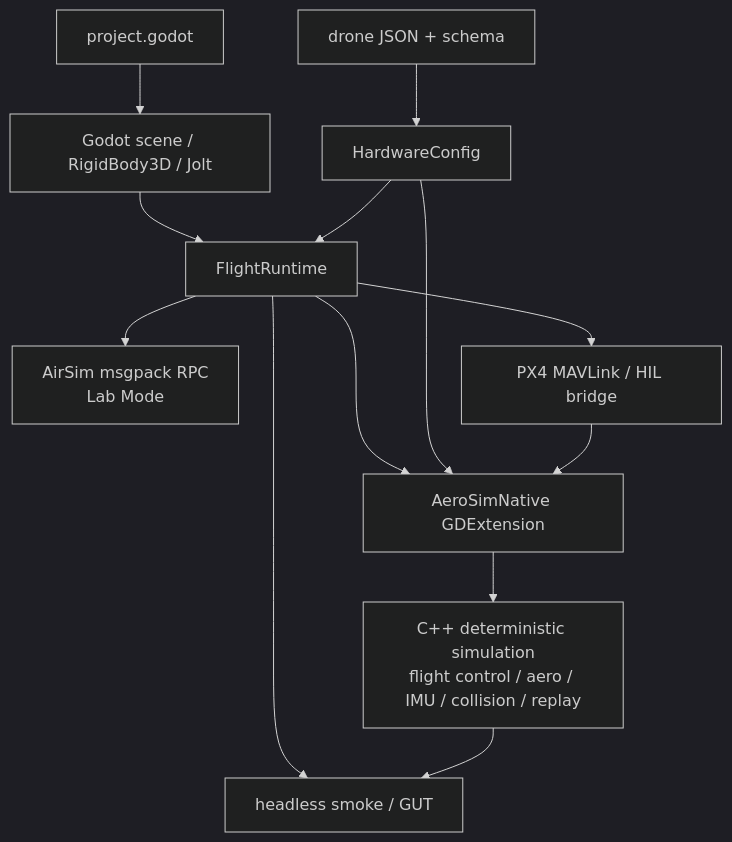
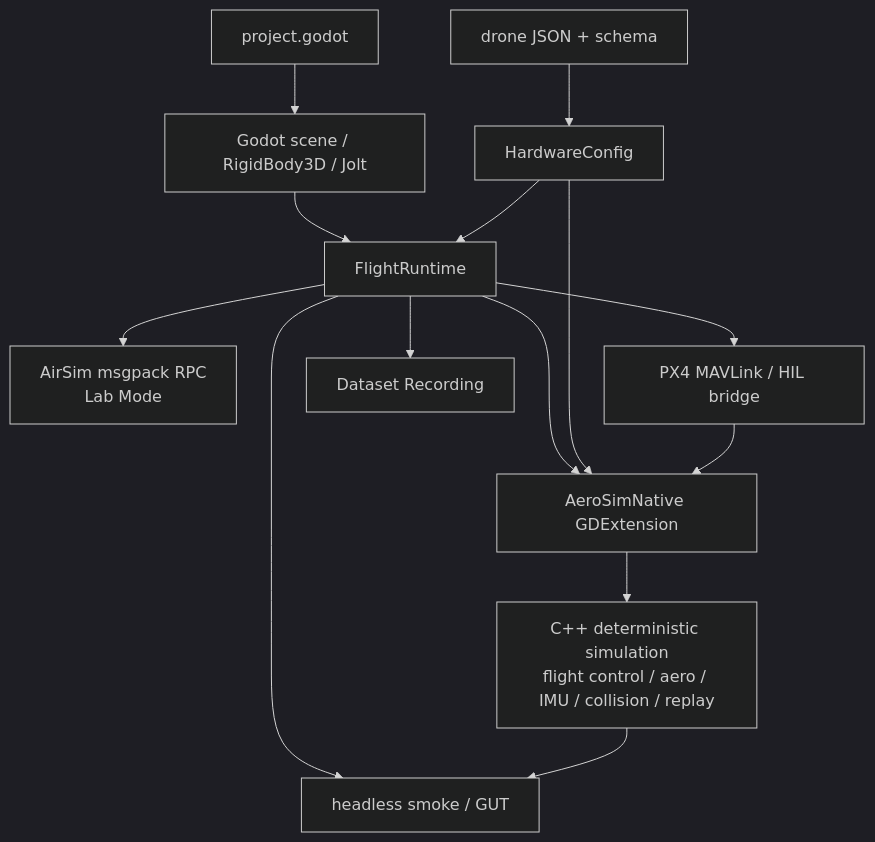
Before and after one commit to KarlSideProjects/AeroSim: the first of 5 diagrams in docs/wiki/architecture.md, drawn with Mermaid (dark theme). The commit also changed other lines of this file and 5 other files, not shown here.

````diff
--- a/docs/wiki/architecture.md
+++ b/docs/wiki/architecture.md
@@ -21,15 +24,16 @@
 ```mermaid
 flowchart TD
     Project[project.godot] --> Scene[Godot scene / RigidBody3D / Jolt]
     Scene --> Runtime[FlightRuntime]
     Runtime --> Native[AeroSimNative GDExtension]
     Native --> Core[C++ deterministic simulation\nflight control / aero / IMU / collision / replay]
     Config[drone JSON + schema] --> HardwareConfig[HardwareConfig]
     HardwareConfig --> Runtime
     HardwareConfig --> Native
     Runtime --> AirSim[AirSim msgpack RPC\nLab Mode]
     Runtime --> PX4[PX4 MAVLink / HIL bridge]
+    Runtime --> Dataset[Dataset Recording]
     PX4 --> Native
     Runtime --> Evidence[headless smoke / GUT]
     Core --> Evidence
 ```
````
